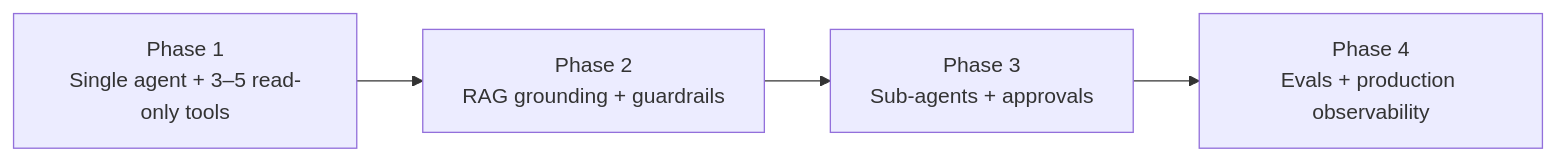
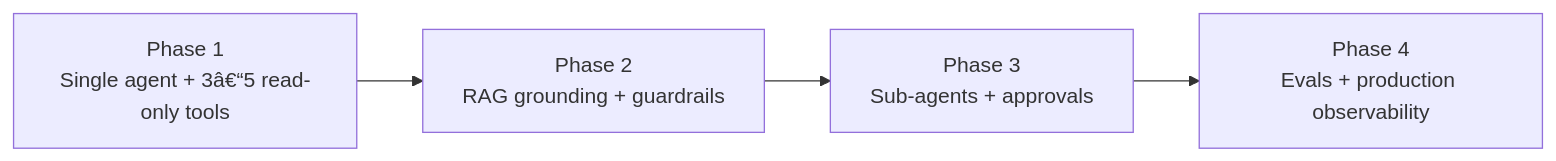
Diagram 30 of 32 in interview/QnA.md (dnyanesh-k/notes), drawn with Mermaid before and after one commit. The commit also changed other lines of this file and 17 other files, not shown here.

````diff
--- a/interview/QnA.md
+++ b/interview/QnA.md
@@ -2675,6 +3339,6 @@
 ```mermaid
 flowchart LR
-    P1["Phase 1\nSingle agent + 3–5 read-only tools"] --> P2["Phase 2\nRAG grounding + guardrails"]
+    P1["Phase 1\nSingle agent + 3â€“5 read-only tools"] --> P2["Phase 2\nRAG grounding + guardrails"]
     P2 --> P3["Phase 3\nSub-agents + approvals"]
     P3 --> P4["Phase 4\nEvals + production observability"]
 ```
````
